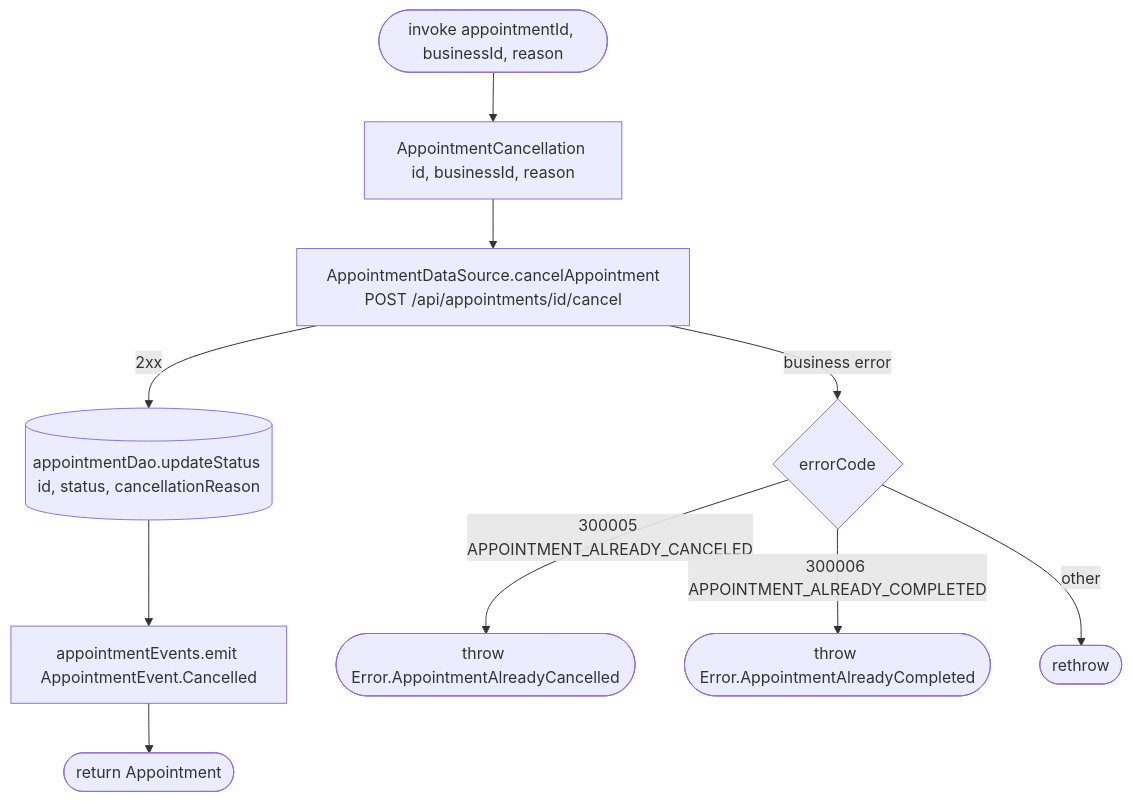
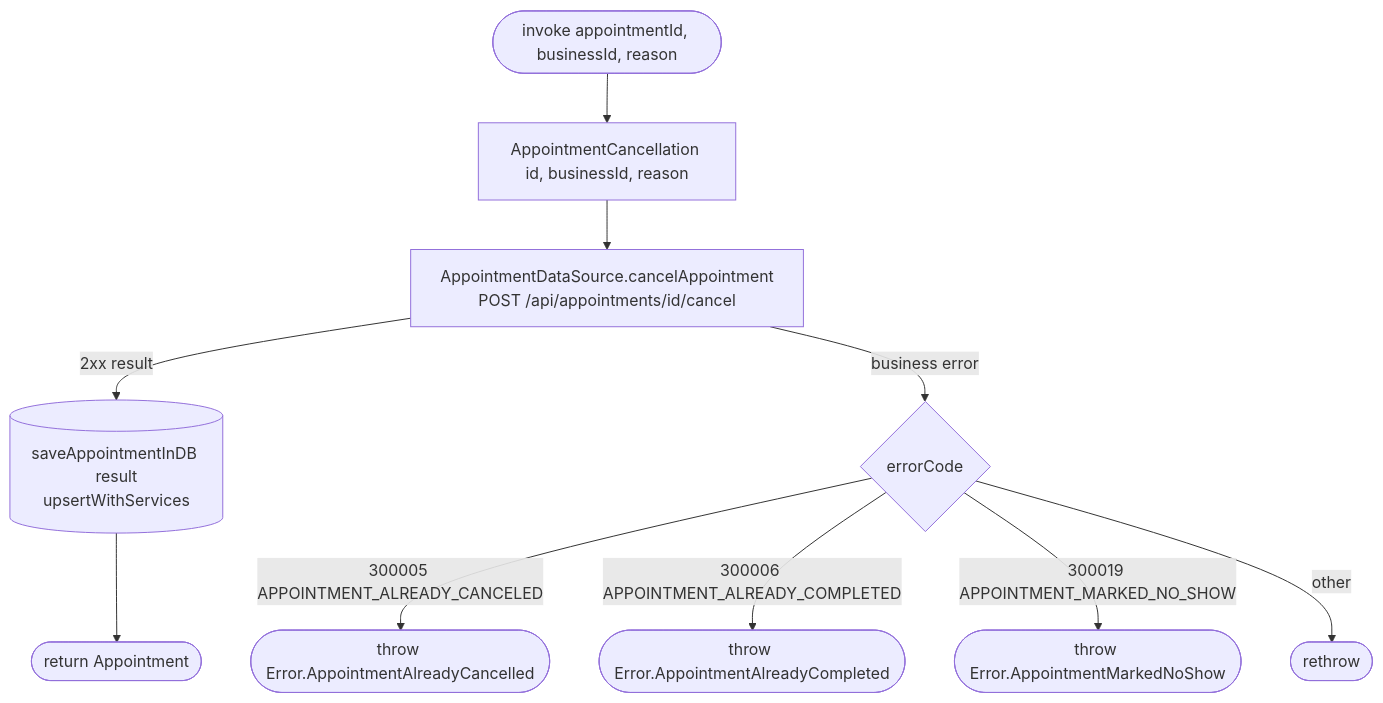
Before and after one commit to nocturneproperties/bookkme-client: the diagram in docs/operations/appointments/cancel-appointment.md, drawn with Mermaid. The commit also changed other lines of this file and 169 other files, not shown here.

````diff
--- a/docs/operations/appointments/cancel-appointment.md
+++ b/docs/operations/appointments/cancel-appointment.md
@@ -13,12 +11,12 @@
 ```mermaid
 flowchart TD
     Start([invoke appointmentId, businessId, reason]) --> Build[AppointmentCancellation id, businessId, reason]
     Build --> Net[AppointmentDataSource.cancelAppointment<br/>POST /api/appointments/id/cancel]
-    Net -- 2xx --> DB[(appointmentDao.updateStatus id, status, cancellationReason)]
-    DB --> Emit[appointmentEvents.emit AppointmentEvent.Cancelled]
-    Emit --> R([return Appointment])
+    Net -- 2xx result --> DB[(saveAppointmentInDB result<br/>upsertWithServices)]
+    DB --> R([return Appointment])
     Net -- business error --> Code{errorCode}
     Code -- 300005 APPOINTMENT_ALREADY_CANCELED --> E1([throw Error.AppointmentAlreadyCancelled])
     Code -- 300006 APPOINTMENT_ALREADY_COMPLETED --> E2([throw Error.AppointmentAlreadyCompleted])
+    Code -- 300019 APPOINTMENT_MARKED_NO_SHOW --> E3([throw Error.AppointmentMarkedNoShow])
     Code -- other --> EX([rethrow])
 ```
````
